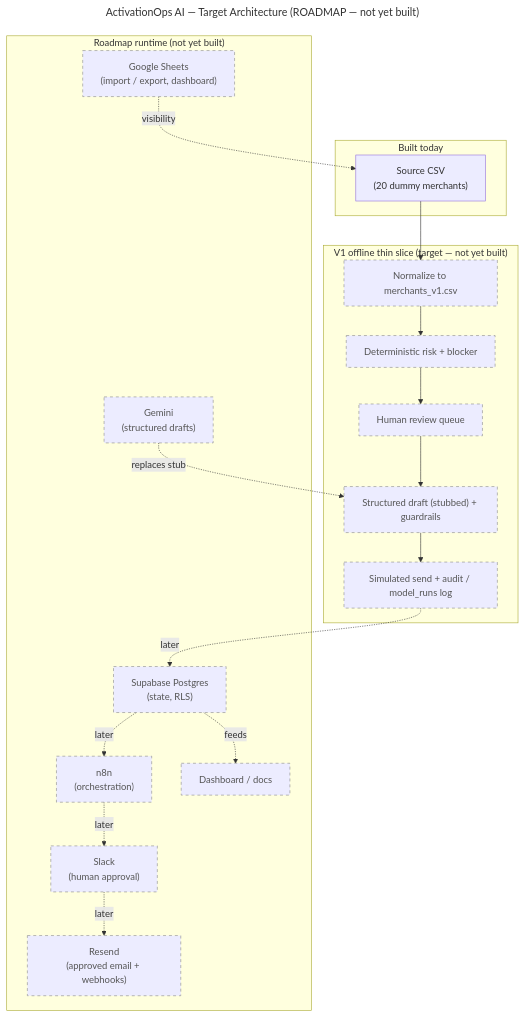
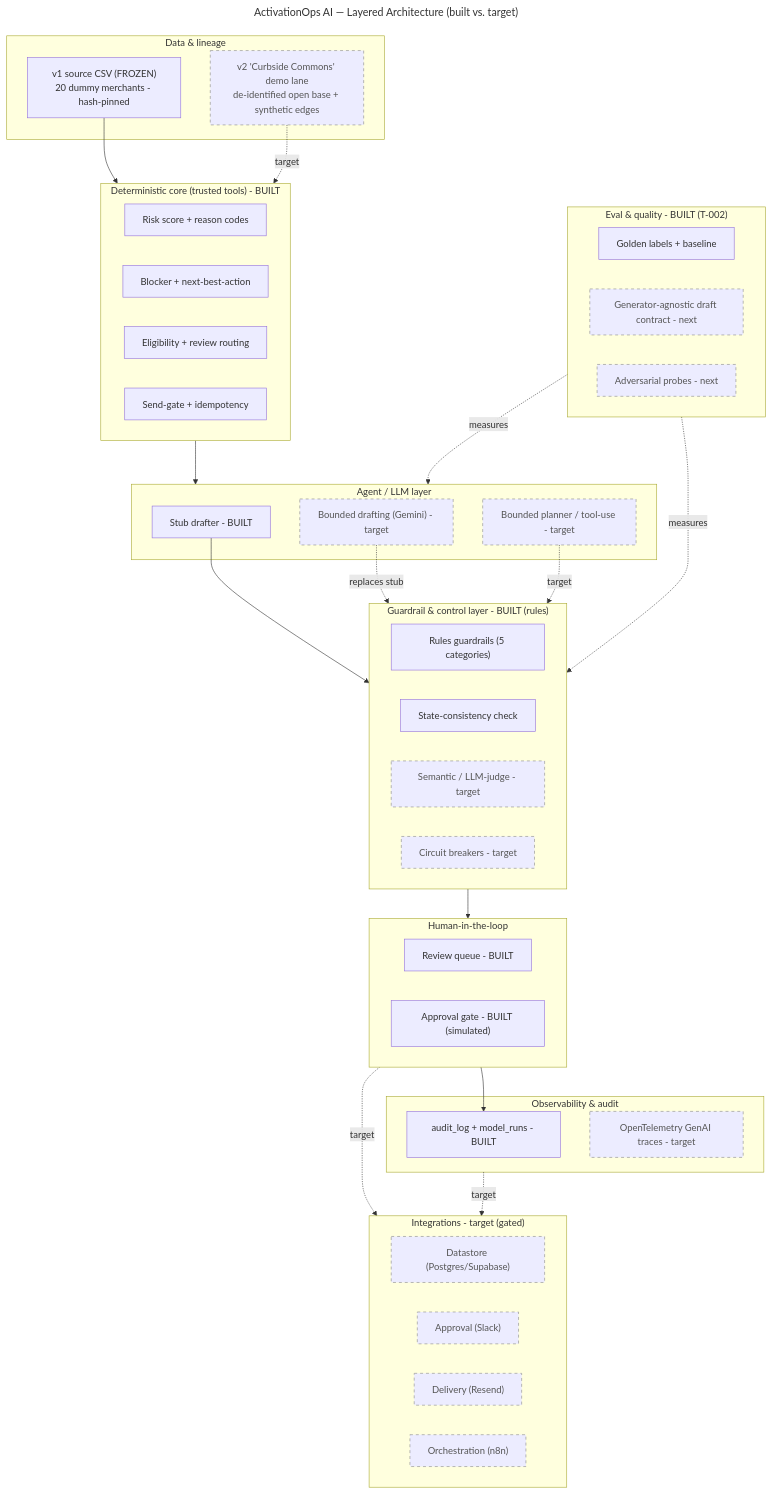
The diagram in docs/visuals/architecture.mmd (sharanlabs/curbside-commons), drawn with Mermaid before and after one commit. The commit also changed 28 other files, not shown here.

```diff
--- a/docs/visuals/architecture.mmd
+++ b/docs/visuals/architecture.mmd
@@ -1,39 +1,63 @@
 ---
-title: "ActivationOps AI — Target Architecture (ROADMAP — not yet built)"
+title: "ActivationOps AI — Layered Architecture (built vs. target)"
 ---
-%% STATUS: target architecture. As of 2026-06-01 only the source CSV exists.
-%% Dashed nodes are roadmap / not yet built. Do not present this as current state.
+%% STATUS as of 2026-06-09: solid = BUILT; dashed = target (roadmap). Simulation on dummy data.
+%% Supersedes the prior 2026-06-01 'nothing built yet' version.
+%% Detail: docs/architecture/agentic-architecture-blueprint.md
 flowchart TB
-  subgraph BUILT["Built today"]
-    CSV["Source CSV<br/>(20 dummy merchants)"]
+  subgraph DATA["Data & lineage"]
+    V1["v1 source CSV (FROZEN)<br/>20 dummy merchants - hash-pinned"]
+    V2["v2 'Curbside Commons' demo lane<br/>de-identified open base + synthetic edges"]
+  end
+  subgraph CORE["Deterministic core (trusted tools) - BUILT"]
+    RISK["Risk score + reason codes"]
+    BLOCK["Blocker + next-best-action"]
+    ELIG["Eligibility + review routing"]
+    GATE["Send-gate + idempotency"]
+  end
+  subgraph LLM["Agent / LLM layer"]
+    STUB["Stub drafter - BUILT"]
+    GEM["Bounded drafting (Gemini) - target"]
+    AGENT["Bounded planner / tool-use - target"]
+  end
+  subgraph CONTROL["Guardrail & control layer - BUILT (rules)"]
+    GRULES["Rules guardrails (5 categories)"]
+    GSTATE["State-consistency check"]
+    GSEM["Semantic / LLM-judge - target"]
+    GCB["Circuit breakers - target"]
+  end
+  subgraph HUMAN["Human-in-the-loop"]
+    REVIEW["Review queue - BUILT"]
+    APPROVE["Approval gate - BUILT (simulated)"]
+  end
+  subgraph EVAL["Eval & quality - BUILT (T-002)"]
+    GOLD["Golden labels + baseline"]
+    DRAFTC["Generator-agnostic draft contract - next"]
+    PROBE["Adversarial probes - next"]
+  end
+  subgraph OBS["Observability & audit"]
+    AUDIT["audit_log + model_runs - BUILT"]
+    OTEL["OpenTelemetry GenAI traces - target"]
+  end
+  subgraph INTEG["Integrations - target (gated)"]
+    STORE["Datastore (Postgres/Supabase)"]
+    SLACK["Approval (Slack)"]
+    SEND["Delivery (Resend)"]
+    ORCH["Orchestration (n8n)"]
   end
 
-  subgraph V1["V1 offline thin slice (target — not yet built)"]
-    NORM["Normalize to merchants_v1.csv"]
-    RISK["Deterministic risk + blocker"]
-    QUEUE["Human review queue"]
-    DRAFT["Structured draft (stubbed) + guardrails"]
-    SIM["Simulated send + audit / model_runs log"]
-  end
+  V1 --> CORE
+  V2 -. target .-> CORE
+  CORE --> LLM
+  STUB --> CONTROL
+  GEM -. replaces stub .-> CONTROL
+  AGENT -. target .-> CONTROL
+  CONTROL --> HUMAN
+  HUMAN --> AUDIT
+  EVAL -. measures .-> LLM
+  EVAL -. measures .-> CONTROL
+  HUMAN -. target .-> INTEG
+  OBS -. target .-> INTEG
 
-  subgraph ROADMAP["Roadmap runtime (not yet built)"]
-    SHEETS["Google Sheets<br/>(import / export, dashboard)"]
-    GEMINI["Gemini<br/>(structured drafts)"]
-    SUPA["Supabase Postgres<br/>(state, RLS)"]
-    N8N["n8n<br/>(orchestration)"]
-    SLACK["Slack<br/>(human approval)"]
-    RESEND["Resend<br/>(approved email + webhooks)"]
-    DASH["Dashboard / docs"]
-  end
-
-  CSV --> NORM --> RISK --> QUEUE --> DRAFT --> SIM
-  GEMINI -. replaces stub .-> DRAFT
-  SIM -. later .-> SUPA
-  SUPA -. later .-> N8N
-  N8N -. later .-> SLACK
-  SLACK -. later .-> RESEND
-  SHEETS -. visibility .-> CSV
-  SUPA -. feeds .-> DASH
-
-  classDef roadmap stroke-dasharray: 5 5,stroke:#888,color:#555;
-  class NORM,RISK,QUEUE,DRAFT,SIM,SHEETS,GEMINI,SUPA,N8N,SLACK,RESEND,DASH roadmap;
+  classDef target stroke-dasharray:5 5,stroke:#888,color:#555;
+  class V2,GEM,AGENT,GSEM,GCB,DRAFTC,PROBE,OTEL,STORE,SLACK,SEND,ORCH target;
```
